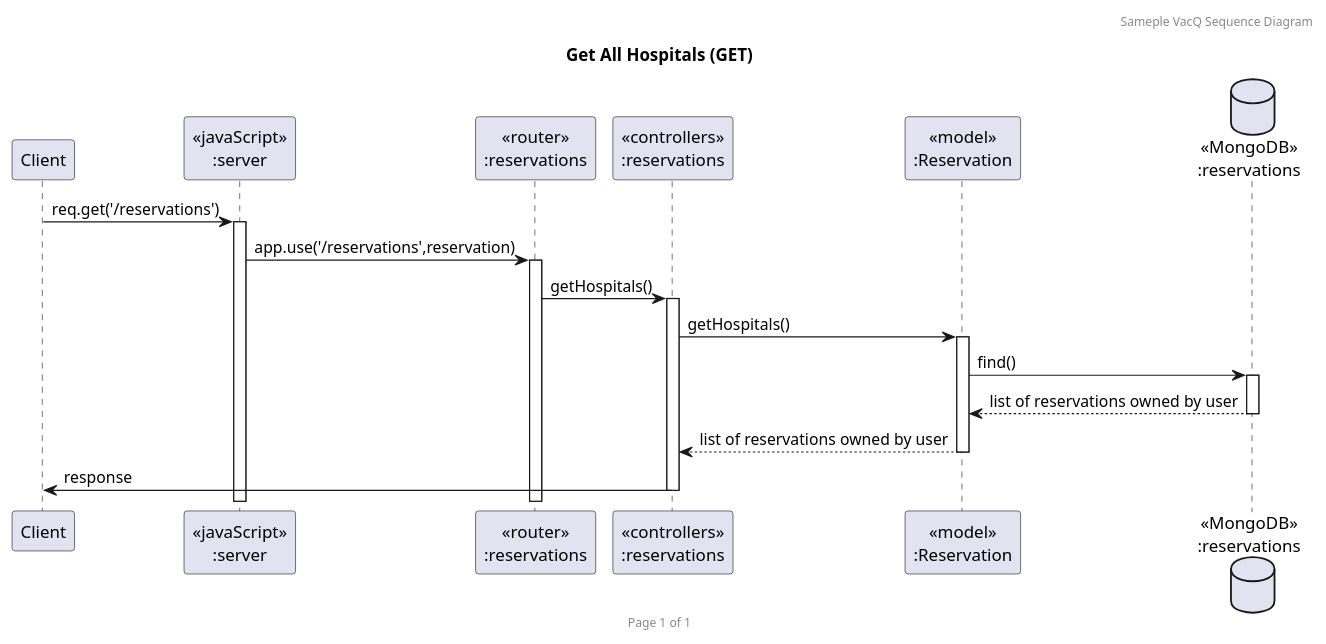
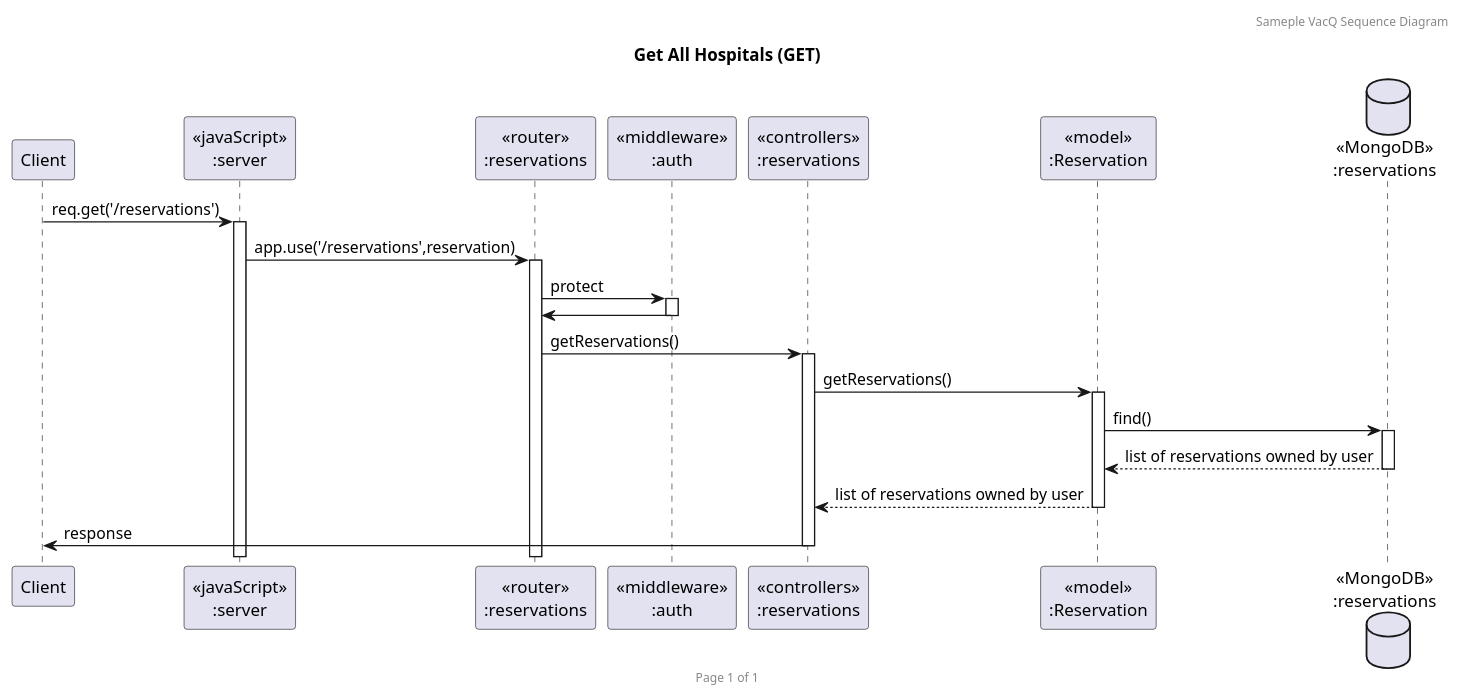
The diagram in uml/coWorking_reservation_getall.puml (GavinITP/co-working-space-reservation), drawn with PlantUML before and after one commit. The commit also changed 4 other files, not shown here.

Commit message:
reservation sequence fix

```diff
--- a/uml/coWorking_reservation_getall.puml
+++ b/uml/coWorking_reservation_getall.puml
@@ -1,23 +1,27 @@
 @startuml Get All Hospitals (GET)
 
 header Sameple VacQ Sequence Diagram
 footer Page %page% of %lastpage%
 title "Get All Hospitals (GET)"
 
 participant "Client" as client
 participant "<<javaScript>>\n:server" as server
 participant "<<router>>\n:reservations" as routerReservation
+participant "<<middleware>>\n:auth" as middleware
 participant "<<controllers>>\n:reservations" as controllersReservation
+' participant "<<helper>>\n:helper" as helper
 participant "<<model>>\n:Reservation" as modelReservation
 database "<<MongoDB>>\n:reservations" as ReservationDatabase
 
 client->server ++:req.get('/reservations')
 server->routerReservation ++:app.use('/reservations',reservation)
-routerReservation -> controllersReservation ++:getHospitals()
-controllersReservation->modelReservation ++:getHospitals()
+routerReservation -> middleware ++: protect
+middleware -> routerReservation --: 
+routerReservation -> controllersReservation ++:getReservations()
+controllersReservation->modelReservation ++:getReservations()
 modelReservation ->ReservationDatabase ++: find()
 ReservationDatabase --> modelReservation --: list of reservations owned by user
 controllersReservation <-- modelReservation --:list of reservations owned by user
 controllersReservation->client --:response
 
 @enduml
```
